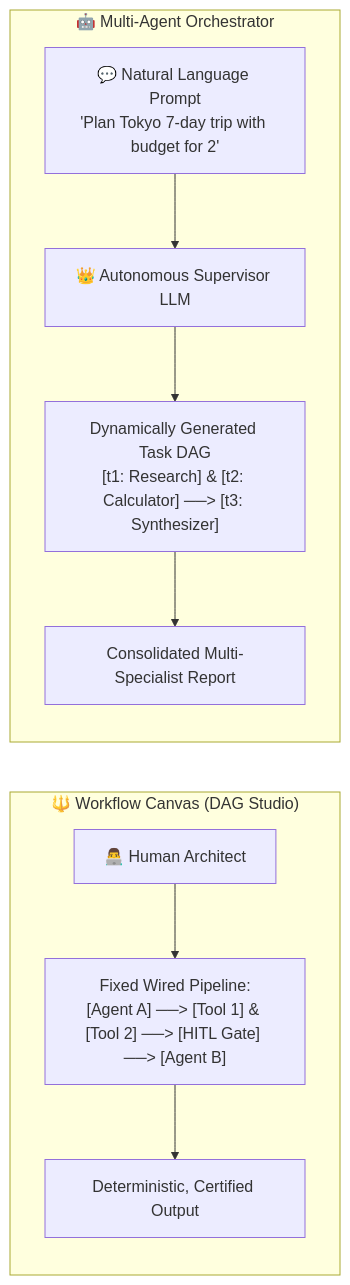
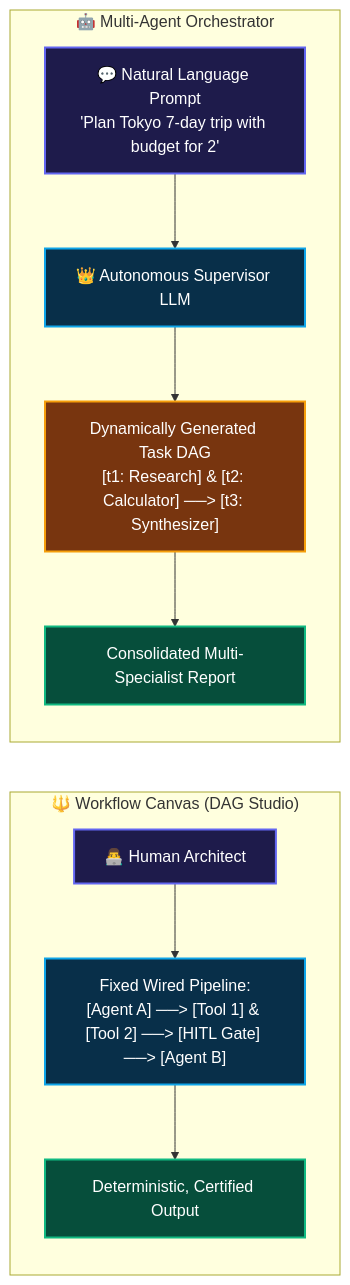
Before and after one commit to vdonthireddy/agentic-ai: diagram 28 of 31 in BUILD_YOUR_OWN_AGENTIC_AI.md, drawn with Mermaid. The commit also changed 10 other files, not shown here.

Commit message:
docs(styling): enrich Mermaid flowcharts with vibrant, glowing classDef colors across all documentation guides

````diff
--- a/BUILD_YOUR_OWN_AGENTIC_AI.md
+++ b/BUILD_YOUR_OWN_AGENTIC_AI.md
@@ -3354,15 +3354,26 @@
 ```mermaid
 flowchart LR
     subgraph Canvas["🔱 Workflow Canvas (DAG Studio)"]
         direction TB
         C_User["👨‍💻 Human Architect"] --> C_Pipe["Fixed Wired Pipeline:\n[Agent A] ──> [Tool 1] & [Tool 2] ──> [HITL Gate] ──> [Agent B]"]
         C_Pipe --> C_Out["Deterministic, Certified Output"]
     end
 
     subgraph Orch["🤖 Multi-Agent Orchestrator"]
         direction TB
         O_User["💬 Natural Language Prompt\n'Plan Tokyo 7-day trip with budget for 2'"] --> O_Sup["👑 Autonomous Supervisor LLM"]
         O_Sup --> O_AutoDAG["Dynamically Generated Task DAG\n[t1: Research] & [t2: Calculator] ──> [t3: Synthesizer]"]
         O_AutoDAG --> O_Out["Consolidated Multi-Specialist Report"]
     end
+
+    classDef cIndigo fill:#1e1b4b,stroke:#6366f1,stroke-width:2px,color:#fff;
+    classDef cCyan fill:#082f49,stroke:#0ea5e9,stroke-width:2px,color:#fff;
+    classDef cAmber fill:#78350f,stroke:#f59e0b,stroke-width:2px,color:#fff;
+    classDef cEmerald fill:#064e3b,stroke:#10b981,stroke-width:2px,color:#fff;
+    classDef cFuchsia fill:#701a75,stroke:#d946ef,stroke-width:2px,color:#fff;
+
+    class C_User,O_User cIndigo;
+    class C_Pipe,O_Sup cCyan;
+    class O_AutoDAG cAmber;
+    class C_Out,O_Out cEmerald;
 ```
````
